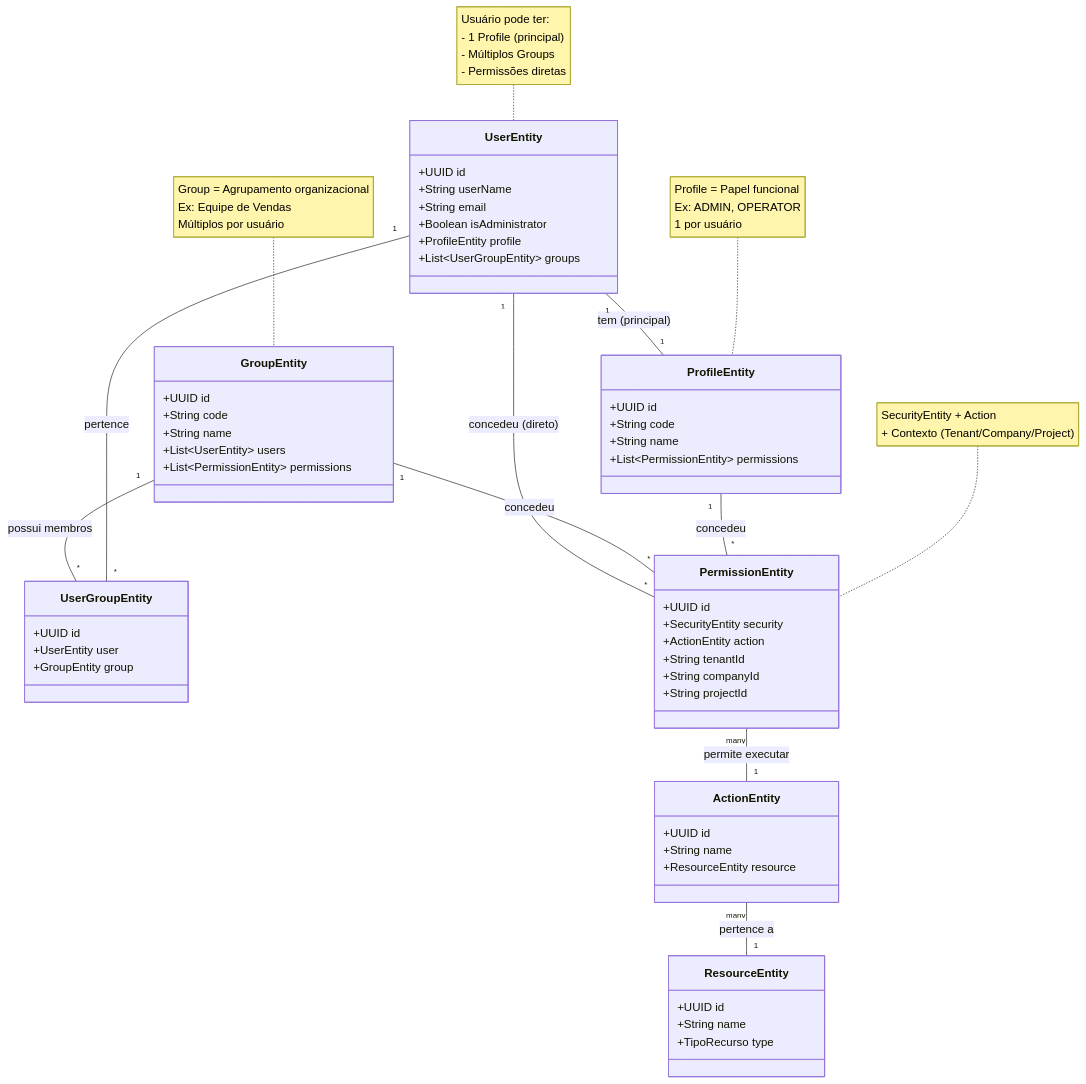
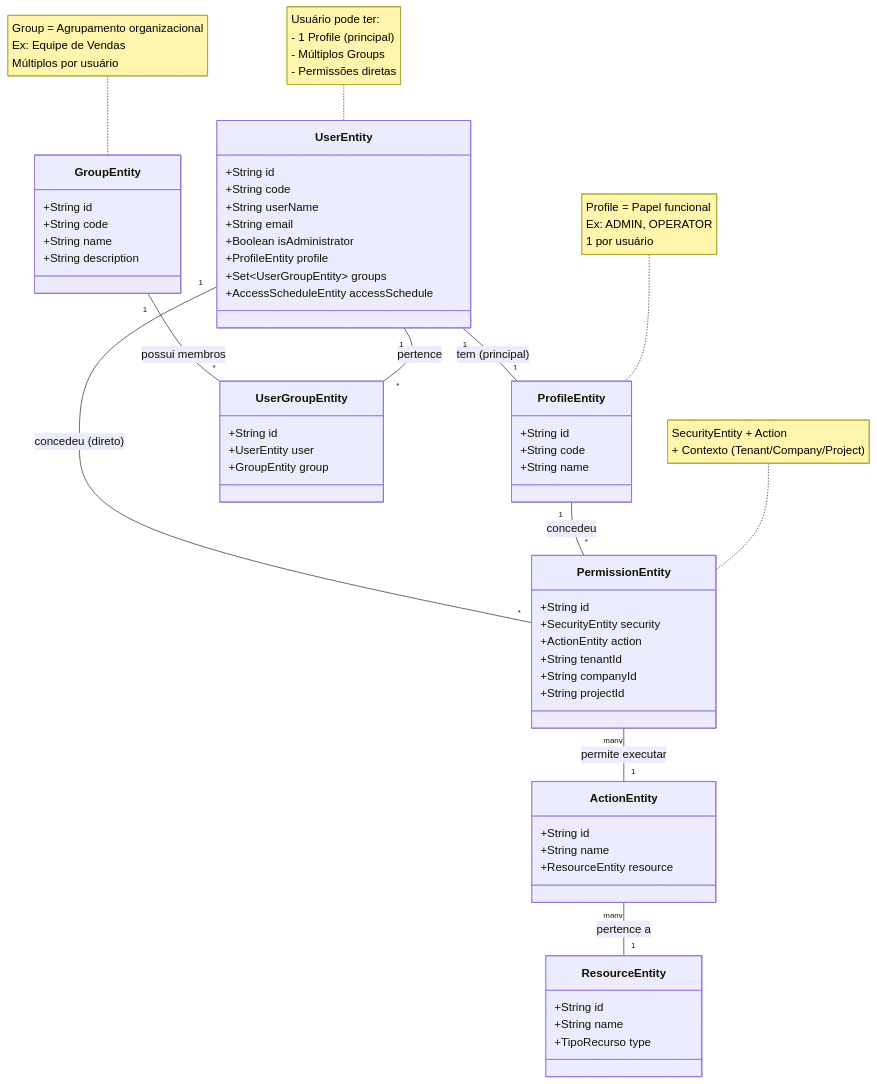
One commit to edsonmartins/archbase-app-framework changed the first of 2 diagrams in archbase-security/docs/keycloak/archbase-comparison.md. Above: the diagram before and after it, drawn with Mermaid. The commit also changed 4 other files, not shown here.

````diff
--- a/archbase-security/docs/keycloak/archbase-comparison.md
+++ b/archbase-security/docs/keycloak/archbase-comparison.md
@@ -38,78 +38,77 @@
 ```mermaid
 classDiagram
    class UserEntity {
-      +UUID id
+      +String id
+      +String code
       +String userName
       +String email
       +Boolean isAdministrator
       +ProfileEntity profile
-      +List~UserGroupEntity~ groups
+      +Set~UserGroupEntity~ groups
+      +AccessScheduleEntity accessSchedule
    }
 
    class ProfileEntity {
-      +UUID id
+      +String id
       +String code
       +String name
-      +List~PermissionEntity~ permissions
    }
 
    class GroupEntity {
-      +UUID id
+      +String id
       +String code
       +String name
-      +List~UserEntity~ users
-      +List~PermissionEntity~ permissions
+      +String description
    }
 
    class UserGroupEntity {
-      +UUID id
+      +String id
       +UserEntity user
       +GroupEntity group
    }
 
    class PermissionEntity {
-      +UUID id
+      +String id
       +SecurityEntity security
       +ActionEntity action
       +String tenantId
       +String companyId
       +String projectId
    }
 
    class ActionEntity {
-      +UUID id
+      +String id
       +String name
       +ResourceEntity resource
    }
 
    class ResourceEntity {
-      +UUID id
+      +String id
       +String name
       +TipoRecurso type
    }
 
    UserEntity "1" -- "1" ProfileEntity : tem (principal)
    UserEntity "1" -- "*" UserGroupEntity : pertence
    GroupEntity "1" -- "*" UserGroupEntity : possui membros
    ProfileEntity "1" -- "*" PermissionEntity : concedeu
-   GroupEntity "1" -- "*" PermissionEntity : concedeu
    UserEntity "1" -- "*" PermissionEntity : concedeu (direto)
    PermissionEntity "many" -- "1" ActionEntity : permite executar
    ActionEntity "many" -- "1" ResourceEntity : pertence a
 
-   note for UserEntity "Usuário pode ter: 
+   note for UserEntity "Usuário pode ter:
 		- 1 Profile (principal)
 		- Múltiplos Groups
 		- Permissões diretas"
 
    note for ProfileEntity "Profile = Papel funcional
     Ex: ADMIN, OPERATOR
     1 por usuário"
 
    note for GroupEntity "Group = Agrupamento organizacional
     Ex: Equipe de Vendas
     Múltiplos por usuário"
 
    note for PermissionEntity "SecurityEntity + Action
     + Contexto (Tenant/Company/Project)"
 ```
````
